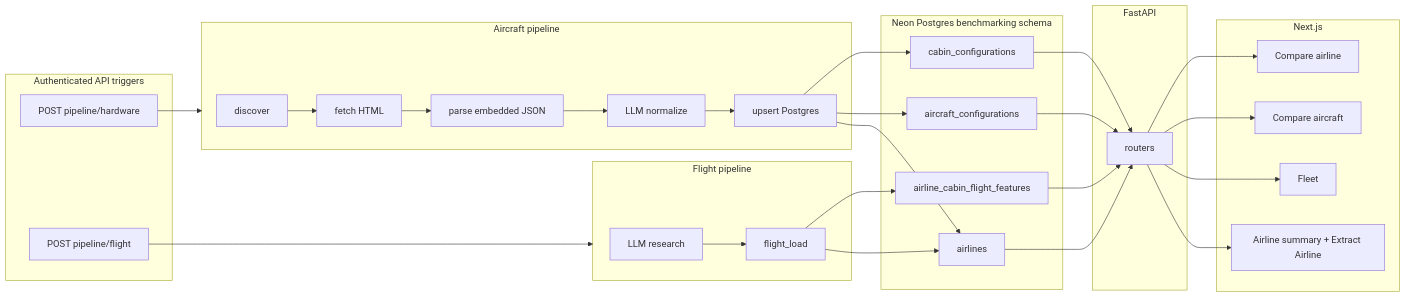
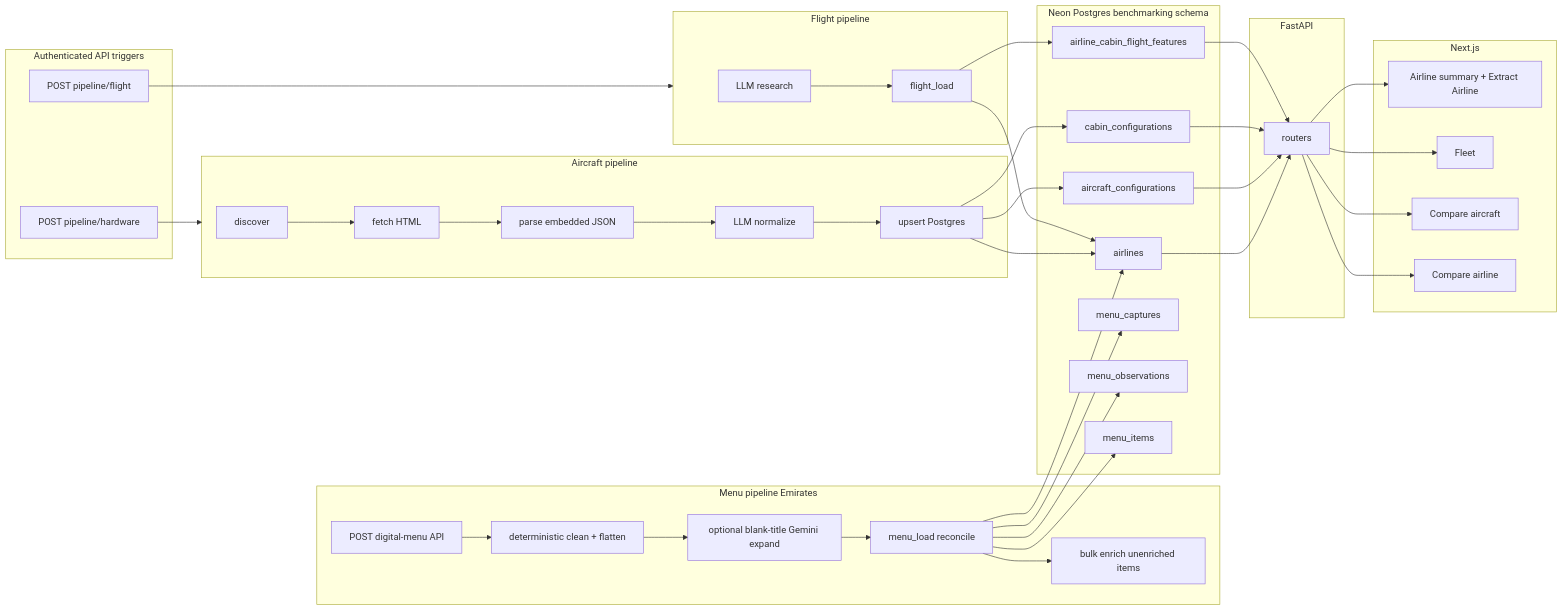
The first of 2 diagrams in docs/architecture.md (ongsterr/airline-benchmarking), drawn with Mermaid before and after one commit. The commit also changed other lines of this file and 18 other files, not shown here.

Commit message:
feat: add ek menu extraction pipeline

````diff
--- a/docs/architecture.md
+++ b/docs/architecture.md
@@ -98,37 +108,47 @@
 ```mermaid
 flowchart LR
     subgraph pipelineA [Aircraft pipeline]
         D[discover] --> F[fetch HTML]
         F --> P[parse embedded JSON]
         P --> N[LLM normalize]
         N --> L[upsert Postgres]
     end
     subgraph pipelineF [Flight pipeline]
         R[LLM research] --> LF[flight_load]
     end
+    subgraph pipelineM [Menu pipeline Emirates]
+        MF[POST digital-menu API] --> MC[deterministic clean + flatten]
+        MC --> MB[optional blank-title Gemini expand]
+        MB --> ML[menu_load reconcile]
+        ML --> ME[bulk enrich unenriched items]
+    end
     subgraph storage [Neon Postgres benchmarking schema]
         T1[airlines]
         T2[aircraft_configurations]
         T3[cabin_configurations]
         T4[airline_cabin_flight_features]
+        T5[menu_captures]
+        T6[menu_observations]
+        T7[menu_items]
     end
     subgraph serve [FastAPI]
         API[routers]
     end
     subgraph ui [Next.js]
         V1[Airline summary + Extract Airline]
         V2[Fleet]
         V3[Compare aircraft]
         V4[Compare airline]
     end
     subgraph apiTrigger [Authenticated API triggers]
         PH[POST pipeline/hardware]
         PF[POST pipeline/flight]
     end
     L --> T1 & T2 & T3
     LF --> T1 & T4
+    ML --> T1 & T5 & T6 & T7
     T1 & T2 & T3 & T4 --> API
     API --> V1 & V2 & V3 & V4
     PH --> pipelineA
     PF --> pipelineF
 ```
````
